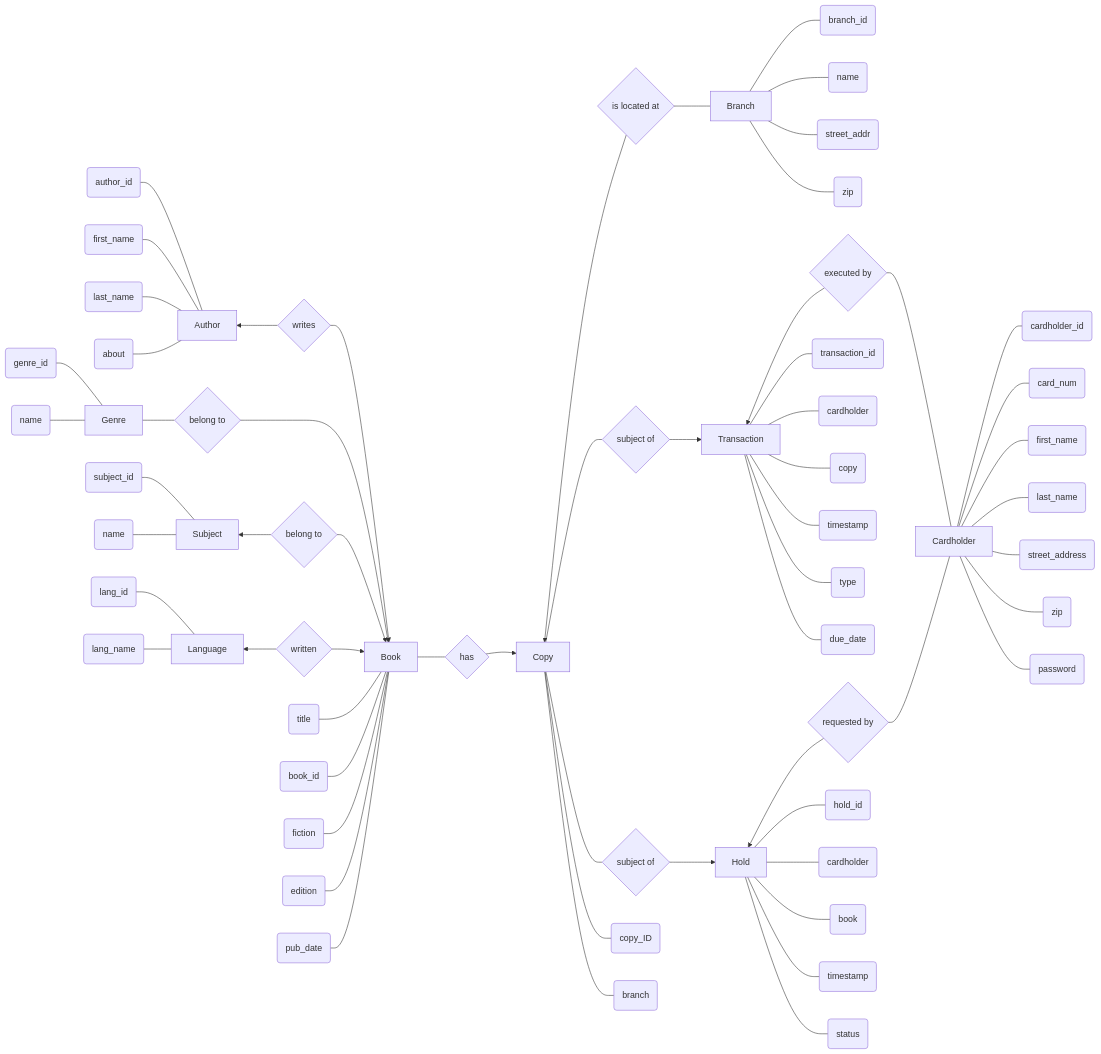
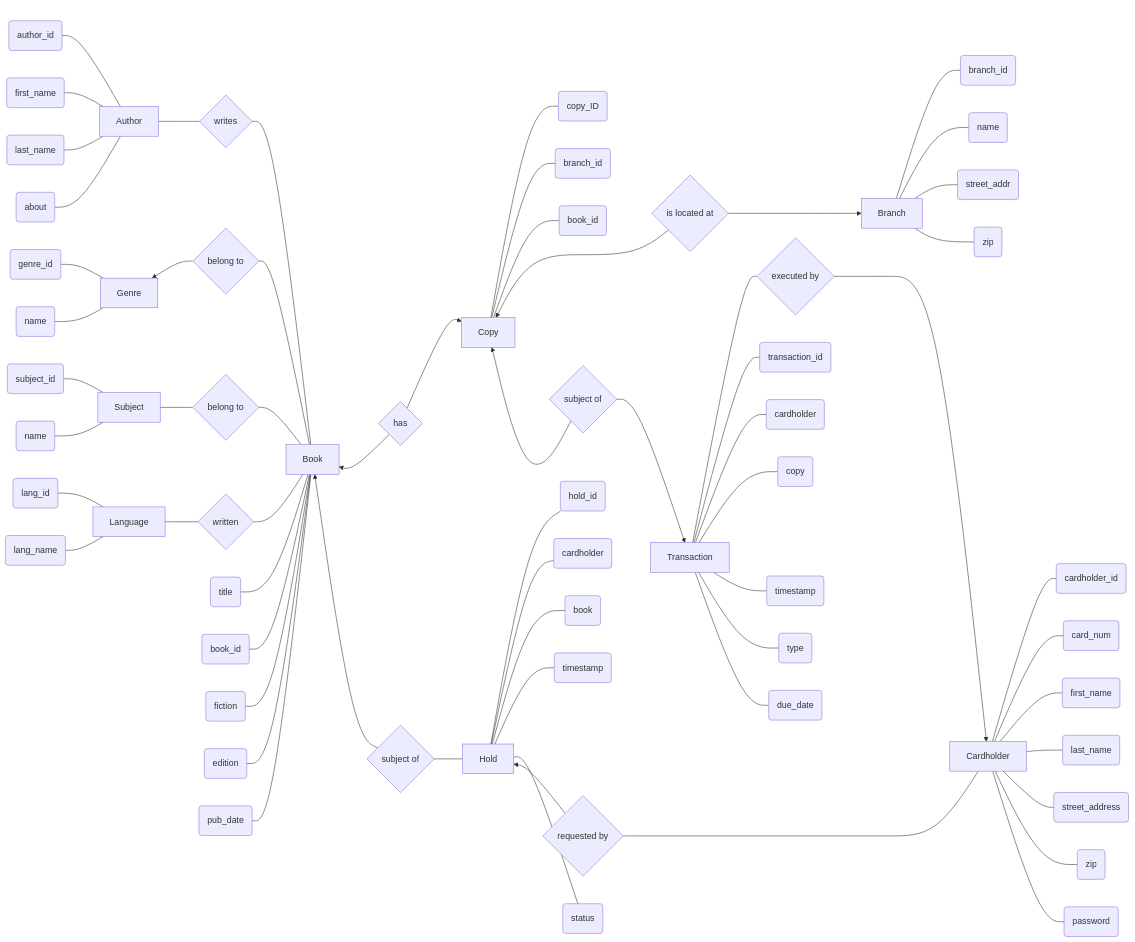
One commit to kelzzzz/CS425-ChiPub changed the diagram in deliverable_1.md. Above: the diagram before and after it, drawn with Mermaid. The commit also changed other lines of this file, not shown here.

Commit message:
Partially fix cardinality.

```diff
--- a/deliverable_1.md
+++ b/deliverable_1.md
@@ -18,54 +31,80 @@
     af(first_name) --- A
     al(last_name) --- A
     aa(about) --- A
-    A[Author] ~~~ AB{writes} --> A
+
+    A[Author] --- AB{writes}
+    AB --- B[Book]
+
     gid(genre_id) --- G
     gnm(name) --- G
-    G[Genre] --- GB{belong to}
+    G[Genre] ~~~ GB{belong to} --> G
+    GB ~~~ G
+    GB --- B
+
     sid(subject_id) --- S
     sn(name) --- S
-    S[Subject] ~~~ SB{belong to} --> S
+    S[Subject] --- SB{belong to}
+    SB --- B
+
     lid(lang_id) --- L
     lnm(lang_name) --- L
-    L[Language] ~~~ LB{written} --> L
-    AB --> B[Book]
-    GB ---> B
-    SB --> B
-    LB --> B
+
+    L[Language] --- LB{written}
+    LB --- B
+
     bt(title) --- B
     bid(book_id) --- B
     bf(fiction) --- B
     be(edition) --- B
     bp(pub_date) --- B
-    B --- CB{has}
-    C[Copy] ~~~ CB --> C
-    C ~~~ CBr{is located at} --> C
-    C --- CT{subject of}
-    C --- CH{subject of}
+
+    B ~~~ BC{has} --> B
+    BC ~~~ B
+    B ~~~ BH{subject of} --> B
+    BH ~~~ B
+
+    C[Copy] ~~~ BC --> C
+    BC ~~~ C
+
+    C ~~~ CBr{is located at} ---> C
+    CBr ~~~ C
+    C ~~~ CT{subject of} --> C
+    CT ~~~ C
+
     C --- cid(copy_ID)
-    C --- cbr(branch)
-    CBr --- Br[Branch]
+    C --- cbr(branch_id)
+    C --- cbk(book_id)
+
+    BH --- H[Hold]
+    H ~~~ HCh{requested by} --> H
+    HCh ~~~ H
+    HCh --- Ch
+
+    H --- hid(hold_id)
+    H --- hch(cardholder)
+    H --- hbk(book)
+    H --- hts(timestamp)
+    H --- hst(status)
+
+    CBr ---> Br[Branch]
+
     Br --- brd(branch_id)
     Br --- bn(name)
     Br --- ba(street_addr)
     Br --- bz(zip)
+
     CT --> T[Transaction]
-    CH --> H[Hold]
-    T ~~~ TCh{executed by} --> T
+
+    T --- TCh{executed by}
     T --- tid(transaction_id)
     T --- tch(cardholder)
     T --- tcp(copy)
     T --- tts(timestamp)
     T --- ttp(type)
     T --- tdt(due_date)
-    TCh --- Ch[Cardholder]
-    H ~~~ HCh{requested by} --> H
-    H --- hid(hold_id)
-    H --- hch(cardholder)
-    H --- hbk(book)
-    H --- hts(timestamp)
-    H --- hst(status)
-    HCh --- Ch
+
+    TCh ---> Ch[Cardholder]
+
     Ch --- chid(cardholder_id)
     Ch --- chnm(card_num)
     Ch --- chfn(first_name)
```
